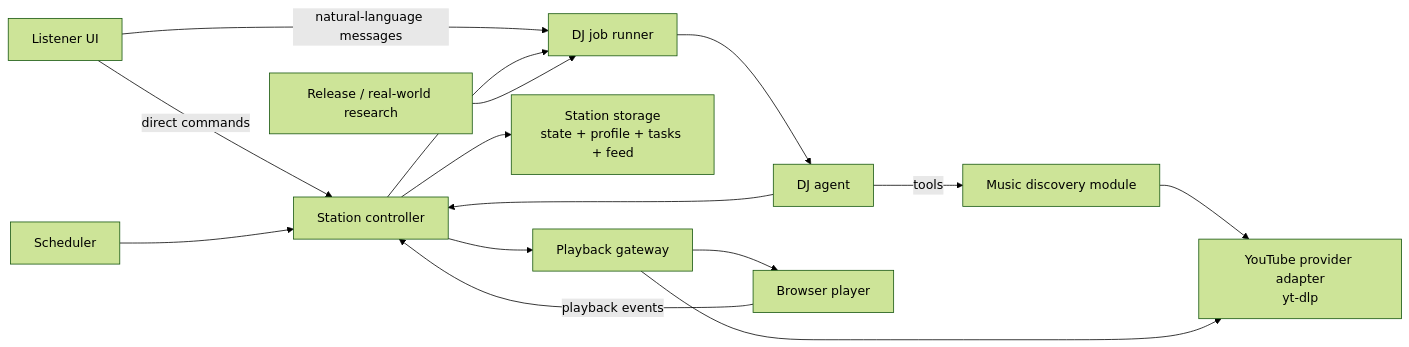
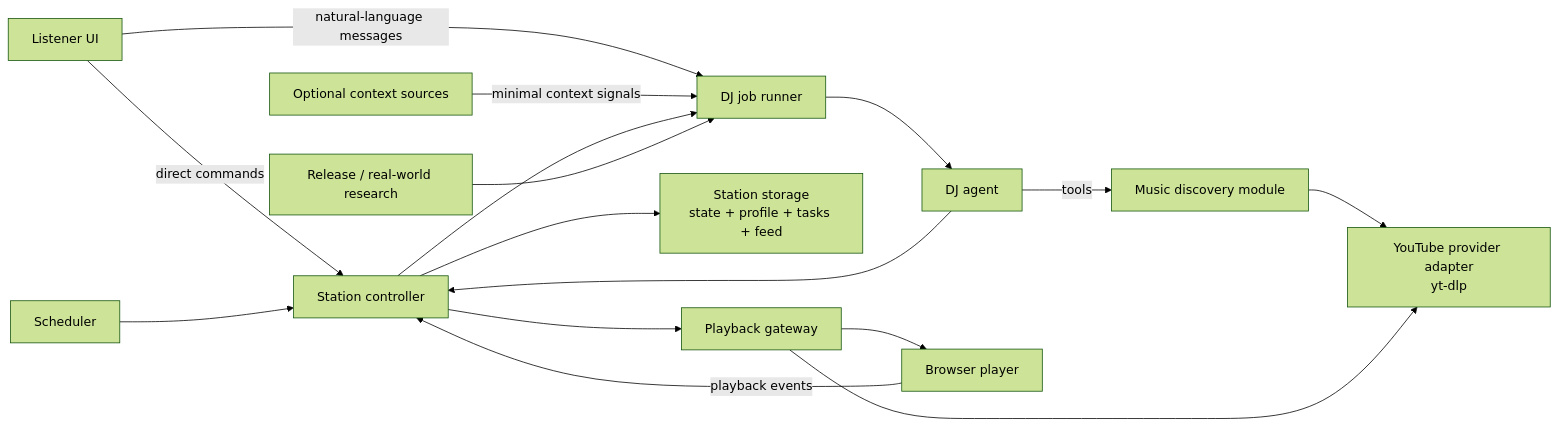
The diagram in ARCHITECTURE.md (LLTOMZHOU/moodio), drawn with Mermaid (forest theme) before and after one commit. The commit also changed other lines of this file and 3 other files, not shown here.

````diff
--- a/ARCHITECTURE.md
+++ b/ARCHITECTURE.md
@@ -52,18 +53,19 @@
 ```mermaid
 flowchart LR
   UI["Listener UI"] -->|direct commands| Controller["Station controller"]
   UI -->|natural-language messages| Jobs
   Agent["DJ agent"] --> Controller
   Scheduler["Scheduler"] --> Controller
+  Context["Optional context sources"] -->|minimal context signals| Jobs
   Player["Browser player"] -->|playback events| Controller
 
   Controller --> Store["Station storage\nstate + profile + tasks + feed"]
   Controller --> Jobs["DJ job runner"]
   Jobs --> Agent
   Agent -->|tools| Discovery["Music discovery module"]
   Discovery --> Provider["YouTube provider adapter\nyt-dlp"]
   Controller --> Playback["Playback gateway"]
   Playback --> Provider
   Playback --> Player
   Research["Release / real-world research"] --> Jobs
 ```
````
